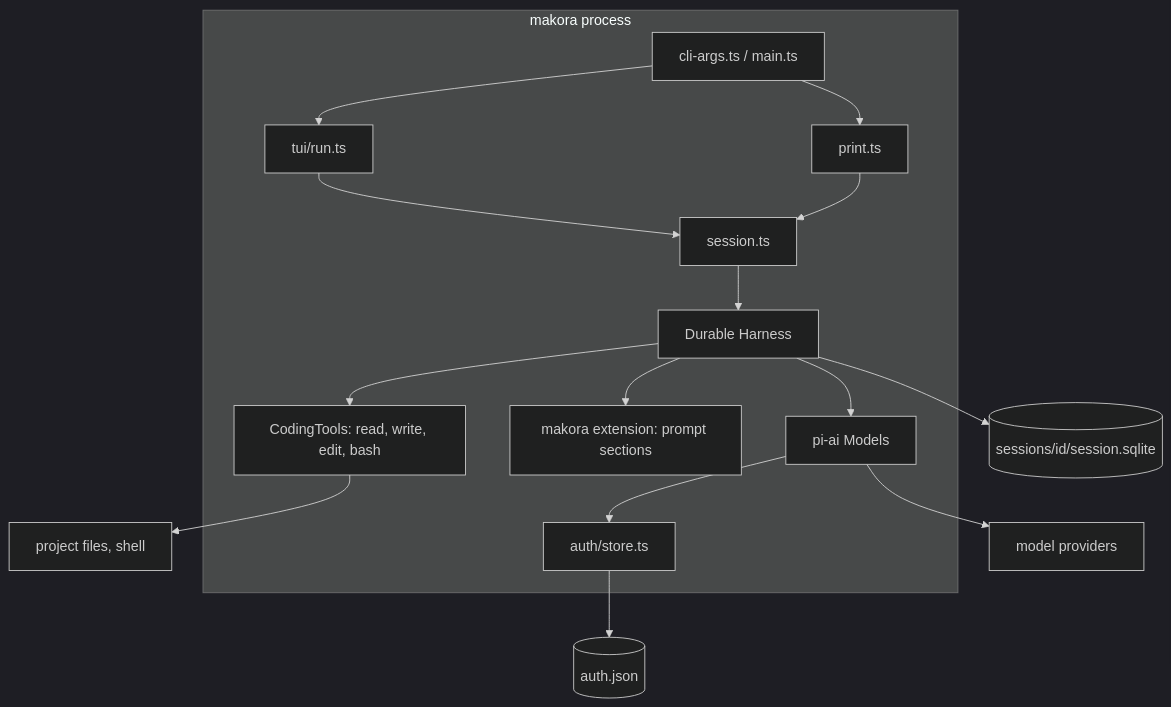
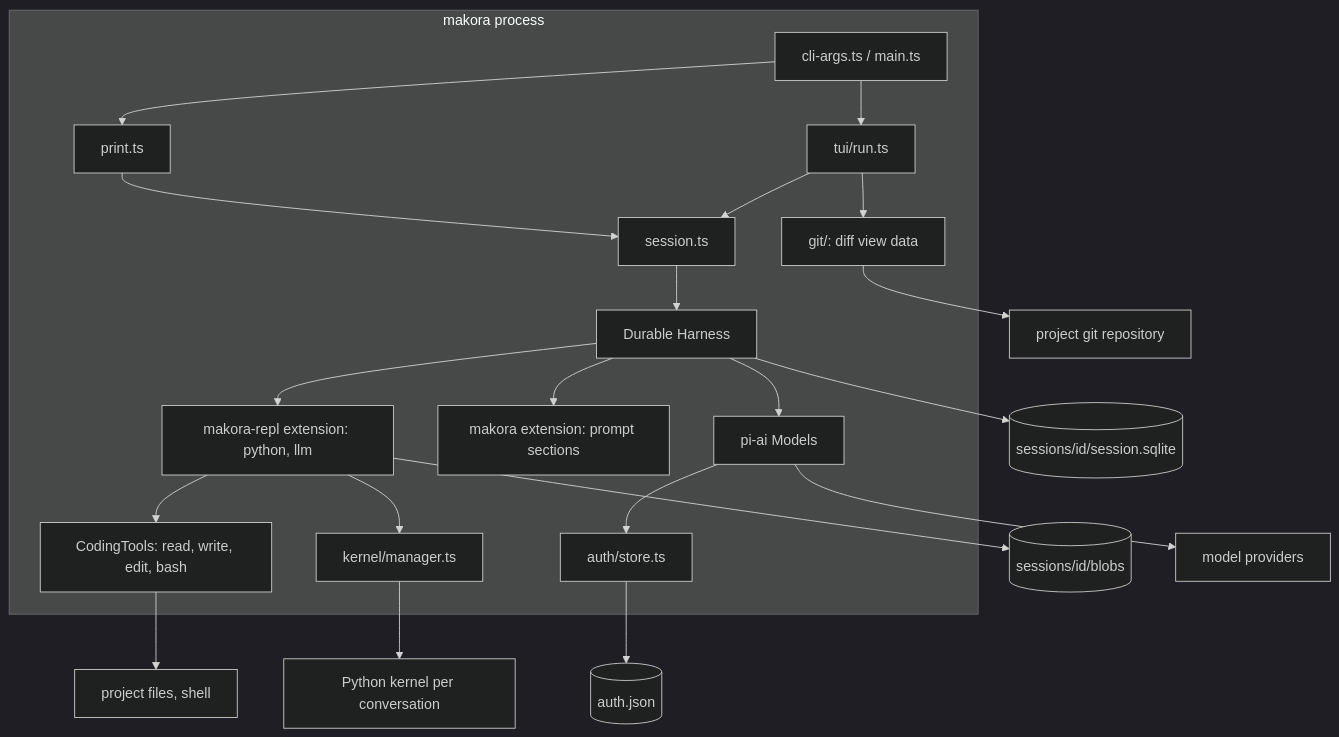
The diagram in docs/architecture/overview.md (mr-jones123/makora), drawn with Mermaid (dark theme) before and after one commit. The commit also changed other lines of this file and 17 other files, not shown here.

Commit message:
docs: makora REPL, /diff view, optional durability, and the phase 3 plan

````diff
--- a/docs/architecture/overview.md
+++ b/docs/architecture/overview.md
@@ -6,18 +6,24 @@
 ```mermaid
 flowchart TB
   subgraph process[makora process]
     CLI[cli-args.ts / main.ts] --> TUI[tui/run.ts]
     CLI --> PRINT[print.ts]
     TUI --> SESSION[session.ts]
     PRINT --> SESSION
     SESSION --> H[Durable Harness]
-    H --> TOOLS[CodingTools: read, write, edit, bash]
+    H --> REPL[makora-repl extension: python, llm]
     H --> EXT[makora extension: prompt sections]
     H --> MODELS[pi-ai Models]
+    REPL --> TOOLS[CodingTools: read, write, edit, bash]
+    REPL --> KM[kernel/manager.ts]
     MODELS --> AUTH[auth/store.ts]
+    TUI --> GIT[git/: diff view data]
   end
+  KM --> K[Python kernel per conversation]
   H --> DB[(sessions/id/session.sqlite)]
+  REPL --> BLOBS[(sessions/id/blobs)]
   AUTH --> AJ[(auth.json)]
   TOOLS --> FS[project files, shell]
+  GIT --> REPO[project git repository]
   MODELS --> API[model providers]
 ```
````
